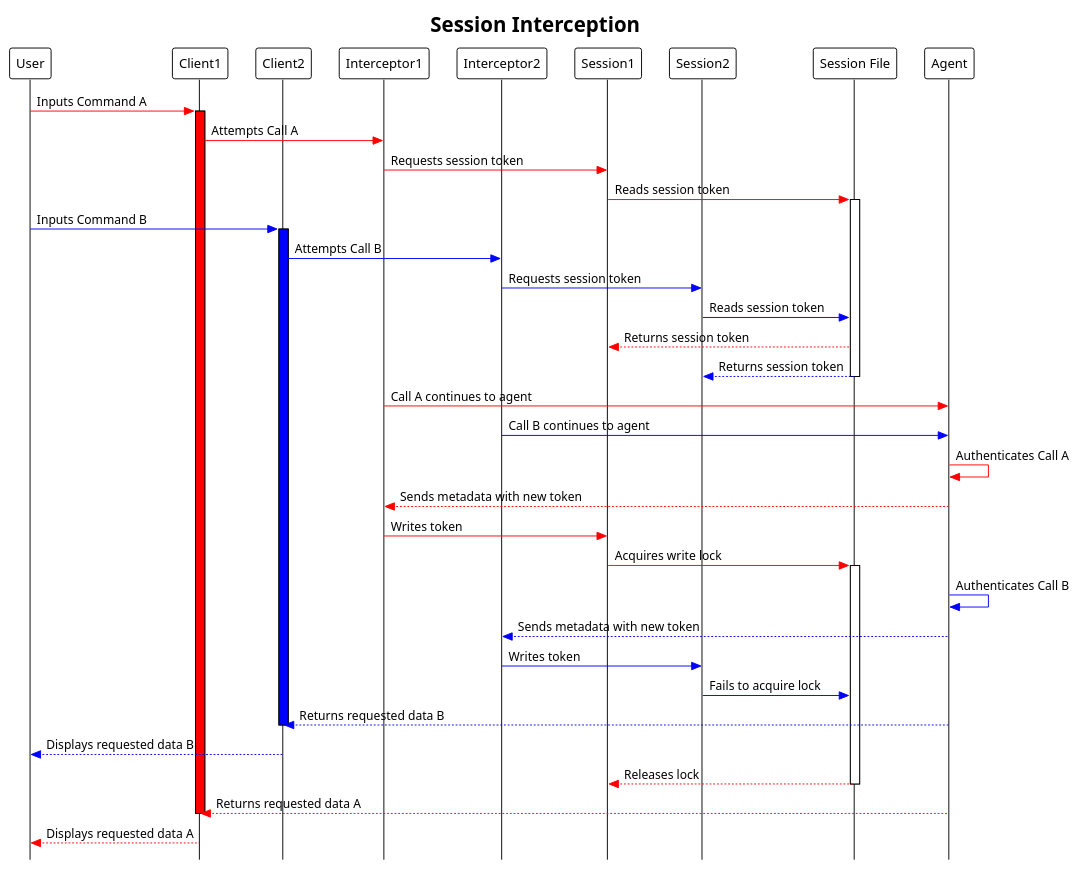
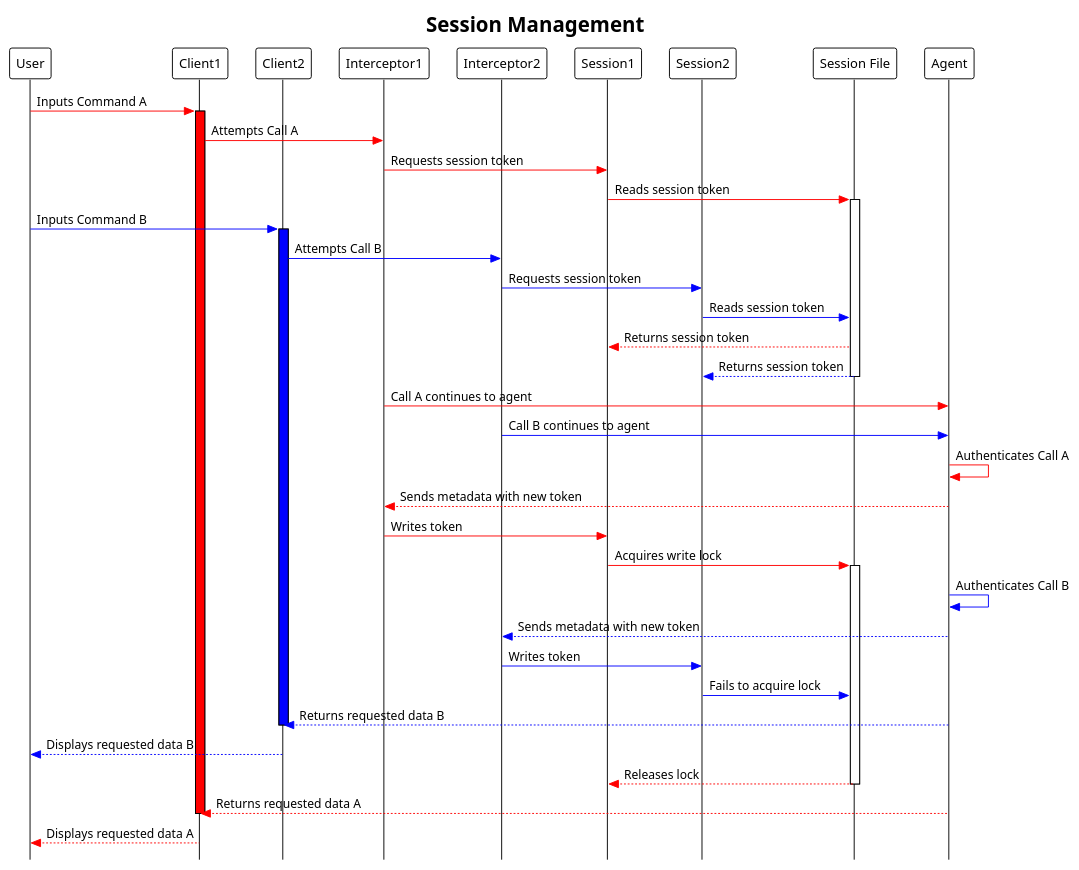
The diagram in files/session-management.puml (MatrixAI/Polykey-Docs), drawn with PlantUML before and after one commit.

```diff
--- a/files/session-management.puml
+++ b/files/session-management.puml
@@ -1,62 +1,62 @@
 @startuml
 
 !theme plain
 skinparam style strictuml
 
-title "Session Interception"
+title "Session Management"
 
 participant User
 participant Client1
 participant Client2
 participant Interceptor1
 participant Interceptor2
 participant Session1
 participant Session2
 participant "Session File" as file
 participant Agent
 
 User -[#red]> Client1: Inputs Command A
 activate Client1 #red
 
 Client1 -[#red]> Interceptor1: Attempts Call A
 Interceptor1 -[#red]> Session1: Requests session token
 Session1 -[#red]> file: Reads session token
 activate file
 
 User -[#blue]> Client2: Inputs Command B
 activate Client2 #blue
 
 Client2 -[#blue]> Interceptor2: Attempts Call B
 Interceptor2 -[#blue]> Session2: Requests session token
 Session2 -[#blue]> file: Reads session token
 file -[#red]-> Session1: Returns session token
 file -[#blue]-> Session2: Returns session token
 deactivate file
 
 Interceptor1 -[#red]> Agent: Call A continues to agent
 Interceptor2 -[#blue]> Agent: Call B continues to agent
 Agent -[#red]> Agent: Authenticates Call A
 Agent -[#red]-> Interceptor1: Sends metadata with new token
 Interceptor1 -[#red]> Session1: Writes token
 Session1 -[#red]> file: Acquires write lock
 activate file
 
 Agent -[#blue]> Agent: Authenticates Call B
 Agent -[#blue]-> Interceptor2: Sends metadata with new token
 Interceptor2 -[#blue]> Session2: Writes token
 Session2 -[#blue]> file: Fails to acquire lock
 
 Agent -[#blue]-> Client2: Returns requested data B
 deactivate Client2
 
 Client2 -[#blue]-> User: Displays requested data B
 
 file -[#red]-> Session1: Releases lock
 deactivate file
 
 Agent -[#red]-> Client1: Returns requested data A
 deactivate Client1
 
 Client1 -[#red]-> User: Displays requested data A
 
 @enduml
```
